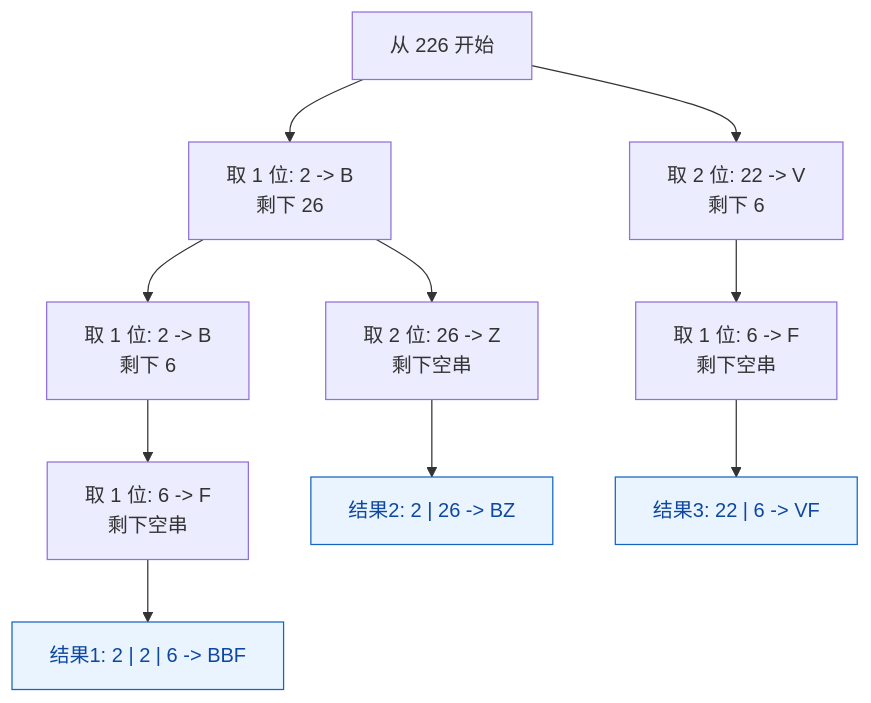
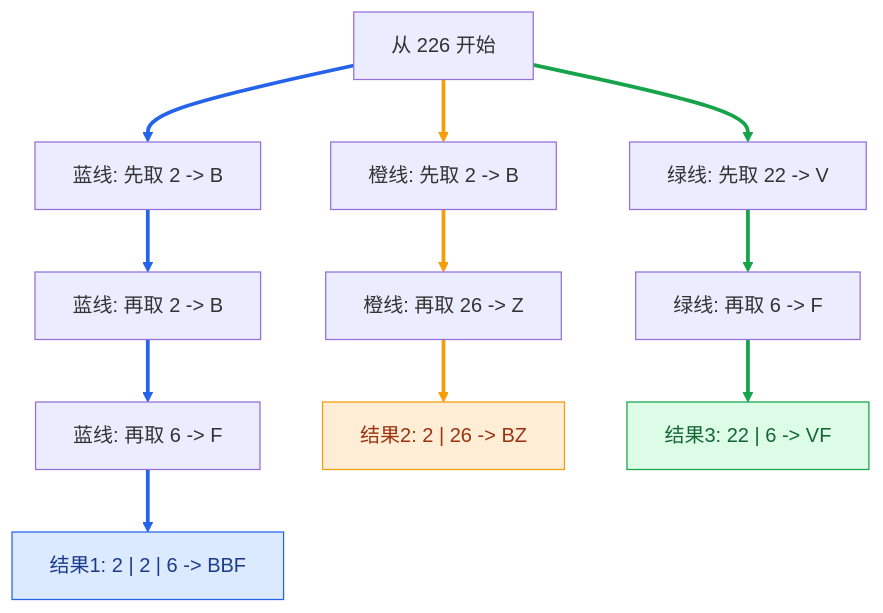
The third of 4 diagrams in my-notes/01-基础巩固/13-暴力递归到动态规划2-尝试模型/09-尝试模型1-从左往右-数字转字母.md (freeedoooooo/algs), drawn with Mermaid before and after one commit. The commit also changed other lines of this file, not shown here.

````diff
--- a/my-notes/01-基础巩固/13-暴力递归到动态规划2-尝试模型/09-尝试模型1-从左往右-数字转字母.md
+++ b/my-notes/01-基础巩固/13-暴力递归到动态规划2-尝试模型/09-尝试模型1-从左往右-数字转字母.md
@@ -285,20 +285,28 @@
 ```mermaid
 graph TB
     A["从 226 开始"]
 
-    A --> B["取 1 位: 2 -> B<br/>剩下 26"]
-    A --> C["取 2 位: 22 -> V<br/>剩下 6"]
+    A --> B1["蓝线: 先取 2 -> B"]
+    B1 --> B2["蓝线: 再取 2 -> B"]
+    B2 --> B3["蓝线: 再取 6 -> F"]
+    B3 --> R1["结果1: 2 | 2 | 6 -> BBF"]
 
-    B --> D["取 1 位: 2 -> B<br/>剩下 6"]
-    B --> E["取 2 位: 26 -> Z<br/>剩下空串"]
+    A --> O1["橙线: 先取 2 -> B"]
+    O1 --> O2["橙线: 再取 26 -> Z"]
+    O2 --> R2["结果2: 2 | 26 -> BZ"]
 
-    D --> F["取 1 位: 6 -> F<br/>剩下空串"]
-    C --> G["取 1 位: 6 -> F<br/>剩下空串"]
+    A --> G1["绿线: 先取 22 -> V"]
+    G1 --> G2["绿线: 再取 6 -> F"]
+    G2 --> R3["结果3: 22 | 6 -> VF"]
 
-    F --> R1["结果1: 2 | 2 | 6 -> BBF"]
-    E --> R2["结果2: 2 | 26 -> BZ"]
-    G --> R3["结果3: 22 | 6 -> VF"]
+    linkStyle 0,1,2,3 stroke:#2563eb,stroke-width:3px;
+    linkStyle 4,5,6 stroke:#f59e0b,stroke-width:3px;
+    linkStyle 7,8,9 stroke:#16a34a,stroke-width:3px;
 
-    classDef result fill:#EAF4FF,stroke:#1565C0,color:#0D47A1;
-    class R1,R2,R3 result;
+    classDef blueResult fill:#dbeafe,stroke:#2563eb,color:#1e3a8a;
+    classDef orangeResult fill:#ffedd5,stroke:#f59e0b,color:#9a3412;
+    classDef greenResult fill:#dcfce7,stroke:#16a34a,color:#166534;
+    class R1 blueResult;
+    class R2 orangeResult;
+    class R3 greenResult;
 ```
````
